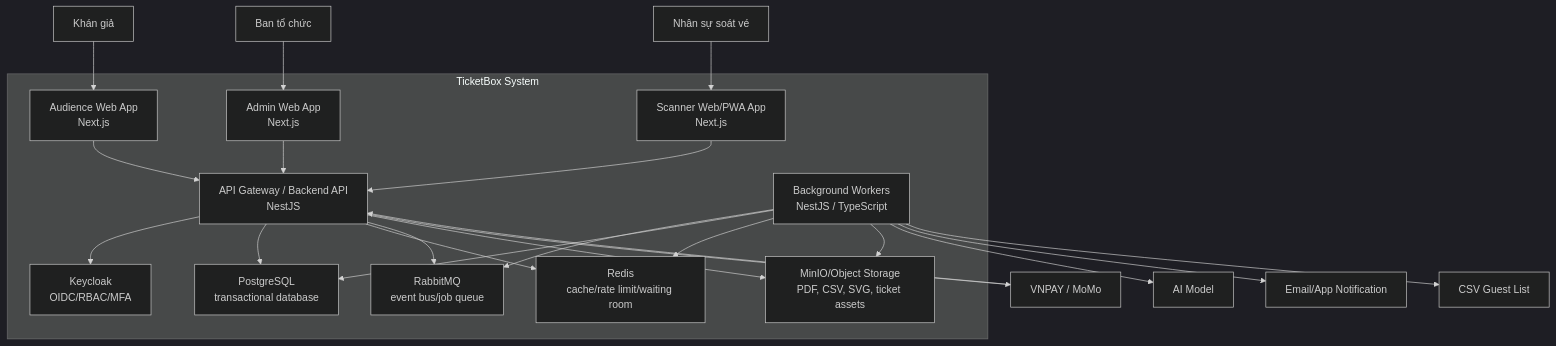
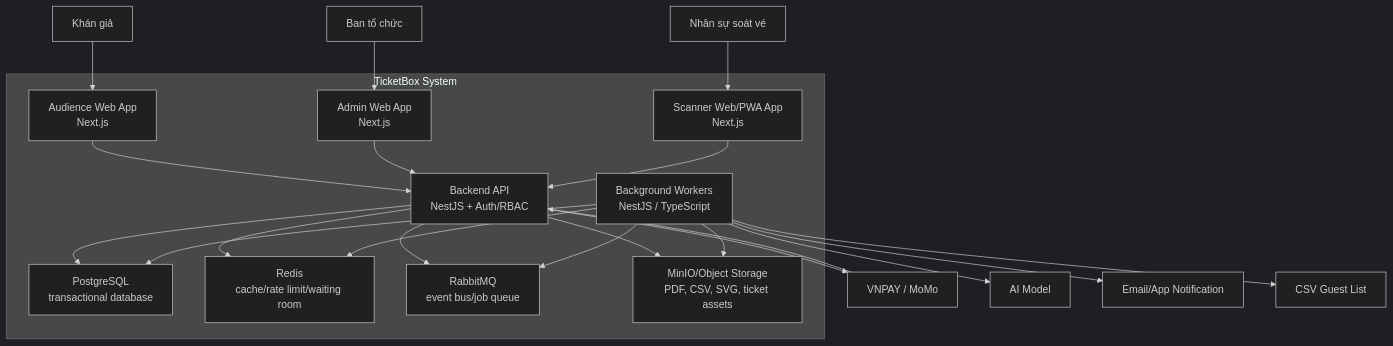
The second of 2 diagrams in blueprint/02-c4-diagrams.md (Toanapr/ticket-box), drawn with Mermaid (dark theme) before and after one commit. The commit also changed other lines of this file and 11 other files, not shown here.

Commit message:
refactor: update system design documentation and architecture diagrams for clarity and accuracy

````diff
--- a/blueprint/02-c4-diagrams.md
+++ b/blueprint/02-c4-diagrams.md
@@ -38,49 +38,47 @@
 ```mermaid
 flowchart TD
     Audience["Khán giả"]
     Organizer["Ban tổ chức"]
     ScannerStaff["Nhân sự soát vé"]
 
     subgraph TicketBox["TicketBox System"]
         AudienceWeb["Audience Web App<br/>Next.js"]
         AdminWeb["Admin Web App<br/>Next.js"]
         ScannerApp["Scanner Web/PWA App<br/>Next.js"]
-        Gateway["API Gateway / Backend API<br/>NestJS"]
+        Gateway["Backend API<br/>NestJS + Auth/RBAC"]
         Workers["Background Workers<br/>NestJS / TypeScript"]
         Postgres["PostgreSQL<br/>transactional database"]
         Redis["Redis<br/>cache/rate limit/waiting room"]
         RabbitMQ["RabbitMQ<br/>event bus/job queue"]
         ObjectStorage["MinIO/Object Storage<br/>PDF, CSV, SVG, ticket assets"]
-        Keycloak["Keycloak<br/>OIDC/RBAC/MFA"]
     end
 
     Payment["VNPAY / MoMo"]
     AI["AI Model"]
     Email["Email/App Notification"]
     CSVSource["CSV Guest List"]
 
     Audience --> AudienceWeb
     Organizer --> AdminWeb
     ScannerStaff --> ScannerApp
 
     AudienceWeb --> Gateway
     AdminWeb --> Gateway
     ScannerApp --> Gateway
 
-    Gateway --> Keycloak
     Gateway --> Postgres
     Gateway --> Redis
     Gateway --> RabbitMQ
     Gateway --> ObjectStorage
 
     Workers --> RabbitMQ
     Workers --> Postgres
     Workers --> Redis
     Workers --> ObjectStorage
 
     Gateway --> Payment
     Payment --> Gateway
     Workers --> AI
     Workers --> Email
     Workers --> CSVSource
 ```
````
